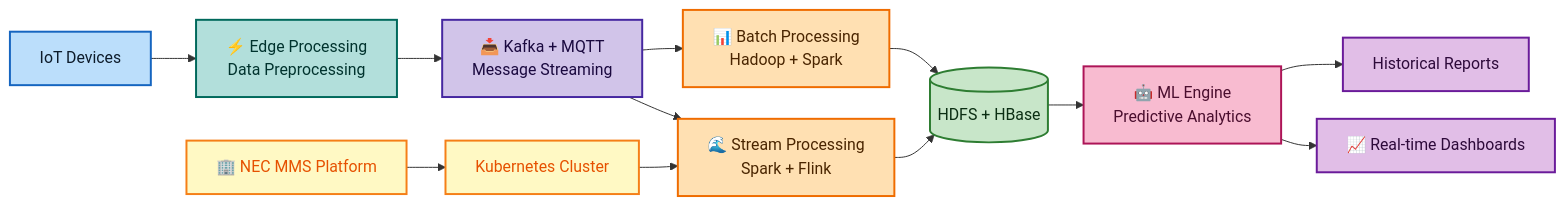
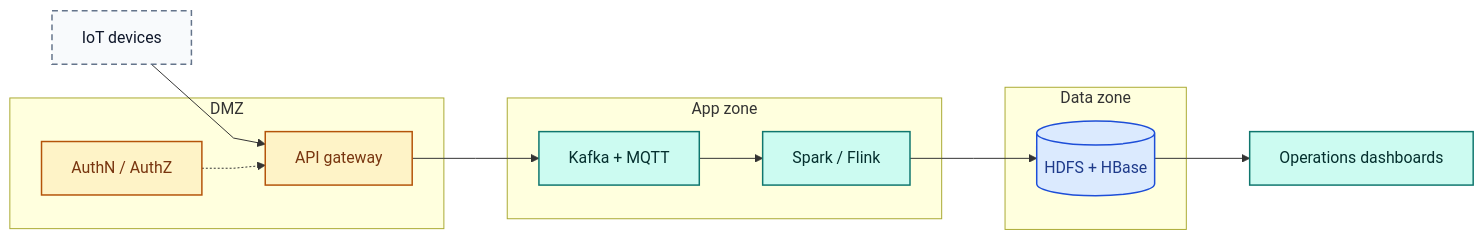
Before and after one commit to nitty01/nitender-kumar: the diagram in public/assets/images/diagrams/nec-iot-big-data/nec-iot-big-data-architecture_overview.mmd, drawn with Mermaid. The commit also changed other lines of this file and 46 other files, not shown here.

Commit message:
Ship a block-canvas blog editor and nested project architecture diagrams.

```diff
--- a/public/assets/images/diagrams/nec-iot-big-data/nec-iot-big-data-architecture_overview.mmd
+++ b/public/assets/images/diagrams/nec-iot-big-data/nec-iot-big-data-architecture_overview.mmd
@@ -1,37 +1,38 @@
 ---
 config:
   flowchart:
-    nodeSpacing: 28
-    rankSpacing: 36
-    diagramPadding: 8
+    nodeSpacing: 48
+    rankSpacing: 64
+    diagramPadding: 16
+    htmlLabels: false
+    curve: linear
   layout: dagre
 ---
 flowchart LR
-    A["IoT Devices"] --> B["⚡ Edge Processing<br>Data Preprocessing"]
-    B --> C["📥 Kafka + MQTT<br>Message Streaming"]
-    C --> D["🌊 Stream Processing<br>Spark + Flink"] & E["📊 Batch Processing<br>Hadoop + Spark"]
-    D --> F[("HDFS + HBase")]
-    E --> F
-    F --> G["🤖 ML Engine<br>Predictive Analytics"]
-    G --> H["📈 Real-time Dashboards"] & I["Historical Reports"]
-    J["Kubernetes Cluster"] --> D
-    K["🏢 NEC MMS Platform"] --> J
-     A:::source
-     B:::edge
-     C:::ingestion
-     D:::processing
-     E:::processing
-     F:::storage
-     G:::analytics
-     H:::output
-     I:::output
-     J:::infra
-     K:::infra
-    classDef source fill:#BBDEFB,stroke:#1565C0,stroke-width:2px,color:#0D1B2A
-    classDef edge fill:#B2DFDB,stroke:#00695C,stroke-width:2px,color:#00332E
-    classDef ingestion fill:#D1C4E9,stroke:#4527A0,stroke-width:2px,color:#1A093F
-    classDef processing fill:#FFE0B2,stroke:#EF6C00,stroke-width:2px,color:#4A2500
-    classDef storage fill:#C8E6C9,stroke:#2E7D32,stroke-width:2px,color:#0B2E13
-    classDef analytics fill:#F8BBD0,stroke:#AD1457,stroke-width:2px,color:#4A0E2E
-    classDef output fill:#E1BEE7,stroke:#6A1B9A,stroke-width:2px,color:#2D0A3A
-    classDef infra fill:#FFF9C4,stroke:#F57F17,stroke-width:2px,color:#E65100
+  IOT["IoT devices"]
+  subgraph DMZ["DMZ"]
+    GW["API gateway"]
+    AUTH["AuthN / AuthZ"]
+  end
+  subgraph APPZ["App zone"]
+    BUS["Kafka + MQTT"]
+    STREAM["Spark / Flink"]
+  end
+  subgraph DATAZ["Data zone"]
+    HDFS[("HDFS + HBase")]
+  end
+  OPS["Operations dashboards"]
+  IOT --> GW
+  GW --> BUS
+  BUS --> STREAM
+  STREAM --> HDFS
+  HDFS --> OPS
+  AUTH -.-> GW
+  class IOT external
+  class BUS,STREAM,OPS compute
+  class HDFS data
+  class GW,AUTH security
+  classDef compute fill:#ccfbf1,stroke:#0f766e,stroke-width:1.5px,color:#042f2e
+  classDef data fill:#dbeafe,stroke:#1d4ed8,stroke-width:1.5px,color:#1e3a8a
+  classDef security fill:#fef3c7,stroke:#b45309,stroke-width:1.5px,color:#78350f
+  classDef external fill:#f8fafc,stroke:#64748b,stroke-width:1.5px,color:#0f172a,stroke-dasharray:6 4
```
